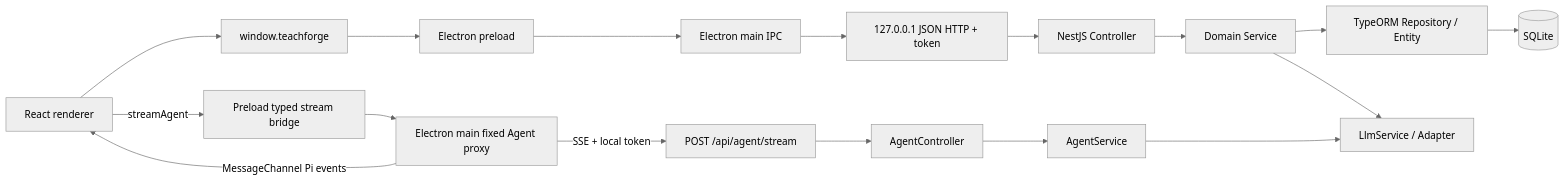
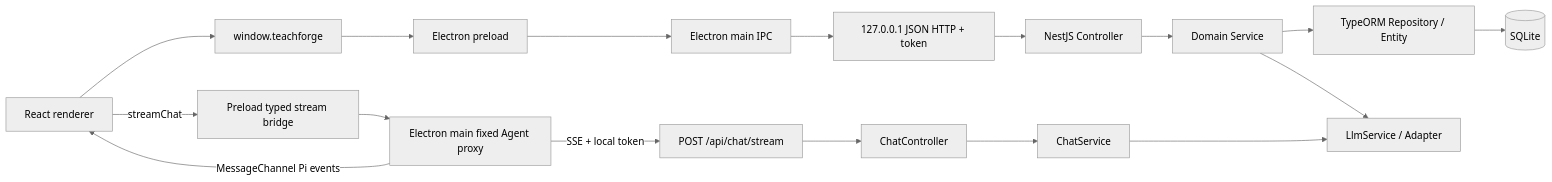
One commit to yuchentime/tech-forge changed the diagram in docs/current/platform/architecture-and-code-placement.md. Above: the diagram before and after it, drawn with Mermaid (neutral theme). The commit also changed other lines of this file and 43 other files, not shown here.

Commit message:
feat: rename agent API to chat and restore tool history

````diff
--- a/docs/current/platform/architecture-and-code-placement.md
+++ b/docs/current/platform/architecture-and-code-placement.md
@@ -43,19 +43,19 @@
 ```mermaid
 flowchart LR
   UI[React renderer] --> Bridge[window.teachforge]
   Bridge --> Preload[Electron preload]
   Preload --> IPC[Electron main IPC]
   IPC --> HTTP[127.0.0.1 JSON HTTP + token]
   HTTP --> Nest[NestJS Controller]
   Nest --> Service[Domain Service]
   Service --> ORM[TypeORM Repository / Entity]
   ORM --> DB[(SQLite)]
   Service --> LLM[LlmService / Adapter]
-  UI -->|streamAgent| StreamBridge[Preload typed stream bridge]
+  UI -->|streamChat| StreamBridge[Preload typed stream bridge]
   StreamBridge --> MainStream[Electron main fixed Agent proxy]
-  MainStream -->|SSE + local token| AgentHTTP[POST /api/agent/stream]
-  AgentHTTP --> AgentController[AgentController]
-  AgentController --> AgentService[AgentService]
-  AgentService --> LLM
+  MainStream -->|SSE + local token| AgentHTTP[POST /api/chat/stream]
+  AgentHTTP --> ChatController[ChatController]
+  ChatController --> ChatService[ChatService]
+  ChatService --> LLM
   MainStream -->|MessageChannel Pi events| UI
 ```
````
